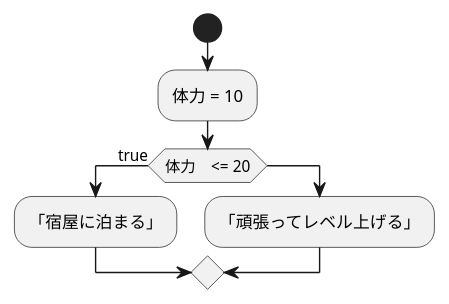
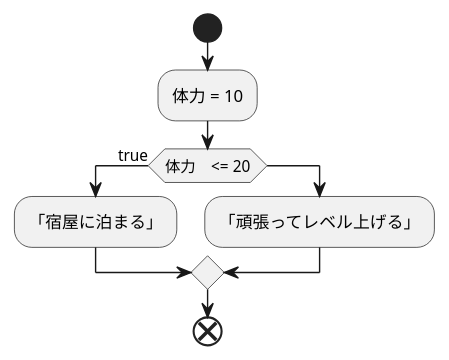
One commit to Aso2001186/2021sys-design changed the diagram in unko.md. Above: the diagram before and after it, drawn with PlantUML.

````diff
--- a/unko.md
+++ b/unko.md
@@ -1,12 +1,13 @@
 ```uml
 @startuml
 start 
 :体力 = 10;
 
 if(体力　<= 20) then (true)
 :「宿屋に泊まる」;
 else
 :「頑張ってレベル上げる」;
 endif
+end
 @enduml
 ```
````
